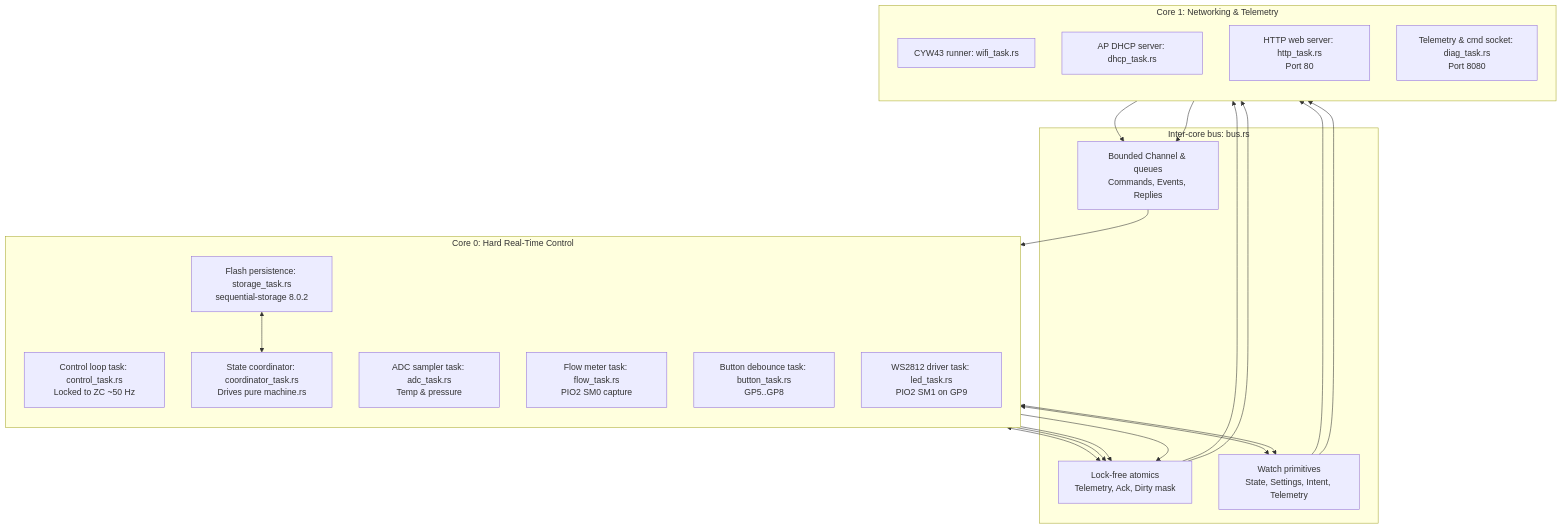
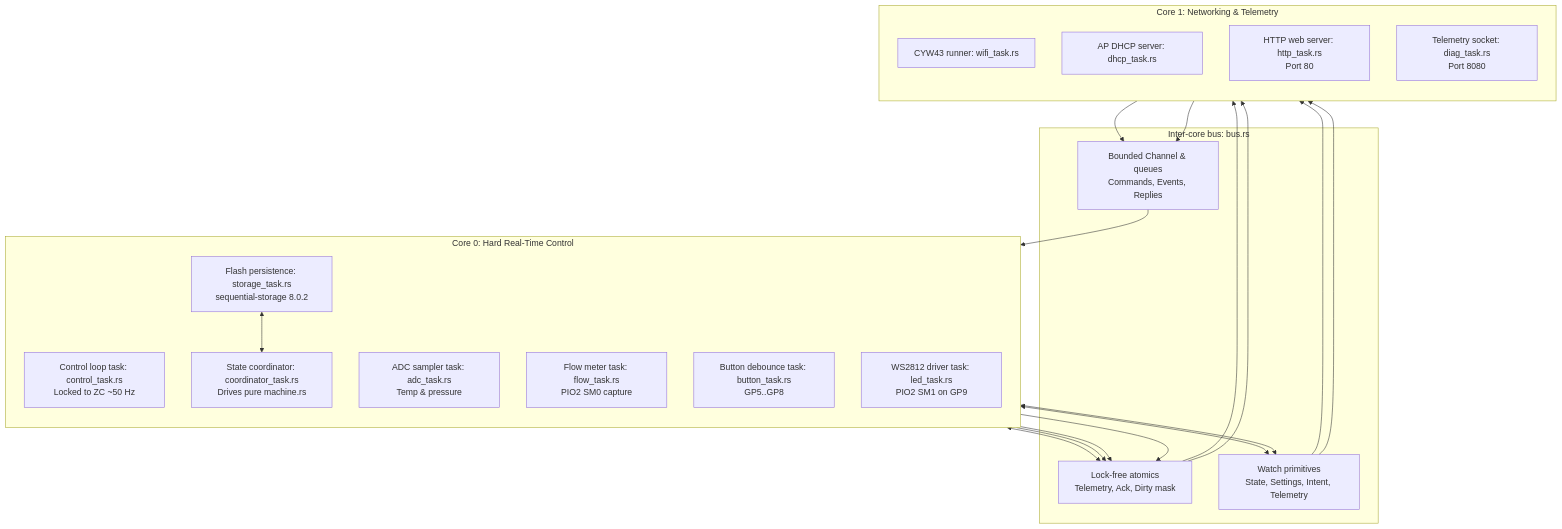
The diagram in docs/firmware.md (pchala/oximite), drawn with Mermaid before and after one commit. The commit also changed other lines of this file and 26 other files, not shown here.

````diff
--- a/docs/firmware.md
+++ b/docs/firmware.md
@@ -15,43 +15,43 @@
 ```mermaid
 flowchart TB
     subgraph Core0[Core 0: Hard Real-Time Control]
         direction TB
         ZC_TASK[Control loop task: control_task.rs<br/>Locked to ZC ~50 Hz]
         ADC_TASK[ADC sampler task: adc_task.rs<br/>Temp & pressure]
         FLOW_TASK[Flow meter task: flow_task.rs<br/>PIO2 SM0 capture]
         COORD[State coordinator: coordinator_task.rs<br/>Drives pure machine.rs]
         BTN[Button debounce task: button_task.rs<br/>GP5..GP8]
         LED[WS2812 driver task: led_task.rs<br/>PIO2 SM1 on GP9]
         FLASH_OWNER[Flash persistence: storage_task.rs<br/>sequential-storage 8.0.2]
     end
 
     subgraph Core1[Core 1: Networking & Telemetry]
         direction TB
         CYW[CYW43 runner: wifi_task.rs]
         DHCP[AP DHCP server: dhcp_task.rs]
         HTTP[HTTP web server: http_task.rs<br/>Port 80]
-        SOCKET[Telemetry & cmd socket: diag_task.rs<br/>Port 8080]
+        SOCKET[Telemetry socket: diag_task.rs<br/>Port 8080]
     end
 
     subgraph Shared[Inter-core bus: bus.rs]
         ATOMICS[Lock-free atomics<br/>Telemetry, Ack, Dirty mask]
         WATCH[Watch primitives<br/>State, Settings, Intent, Telemetry]
         CMD_CH[Bounded Channel & queues<br/>Commands, Events, Replies]
     end
 
     ZC_TASK <--> ATOMICS
     ZC_TASK <--> WATCH
     ADC_TASK --> ATOMICS
     FLOW_TASK --> ATOMICS
     COORD --> ATOMICS
     COORD <--> WATCH
     CMD_CH --> COORD
     FLASH_OWNER <--> COORD
 
     ATOMICS --> HTTP
     ATOMICS --> SOCKET
     WATCH --> HTTP
     WATCH --> SOCKET
     SOCKET --> CMD_CH
     HTTP --> CMD_CH
 ```
````
